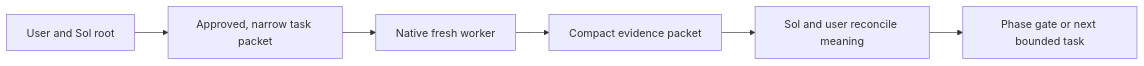
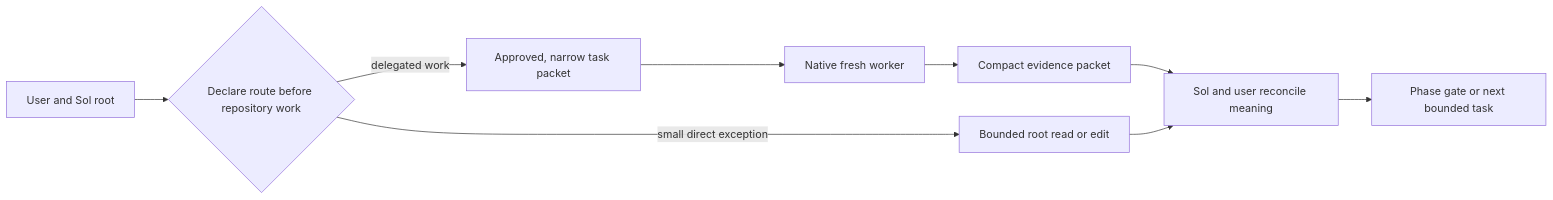
Before and after one commit to giesse/alp-skills: the first of 2 diagrams in book/worker-dispatch.md, drawn with Mermaid. The commit also changed other lines of this file and 10 other files, not shown here.

````diff
--- a/book/worker-dispatch.md
+++ b/book/worker-dispatch.md
@@ -32,8 +32,11 @@
 ```mermaid
 flowchart LR
-    U[User and Sol root] --> P[Approved, narrow task packet]
+    U[User and Sol root] --> R{Declare route before repository work}
+    R -->|small direct exception| D[Bounded root read or edit]
+    R -->|delegated work| P[Approved, narrow task packet]
     P --> N[Native fresh worker]
     N --> E[Compact evidence packet]
     E --> S[Sol and user reconcile meaning]
+    D --> S
     S --> G[Phase gate or next bounded task]
 ```
````
